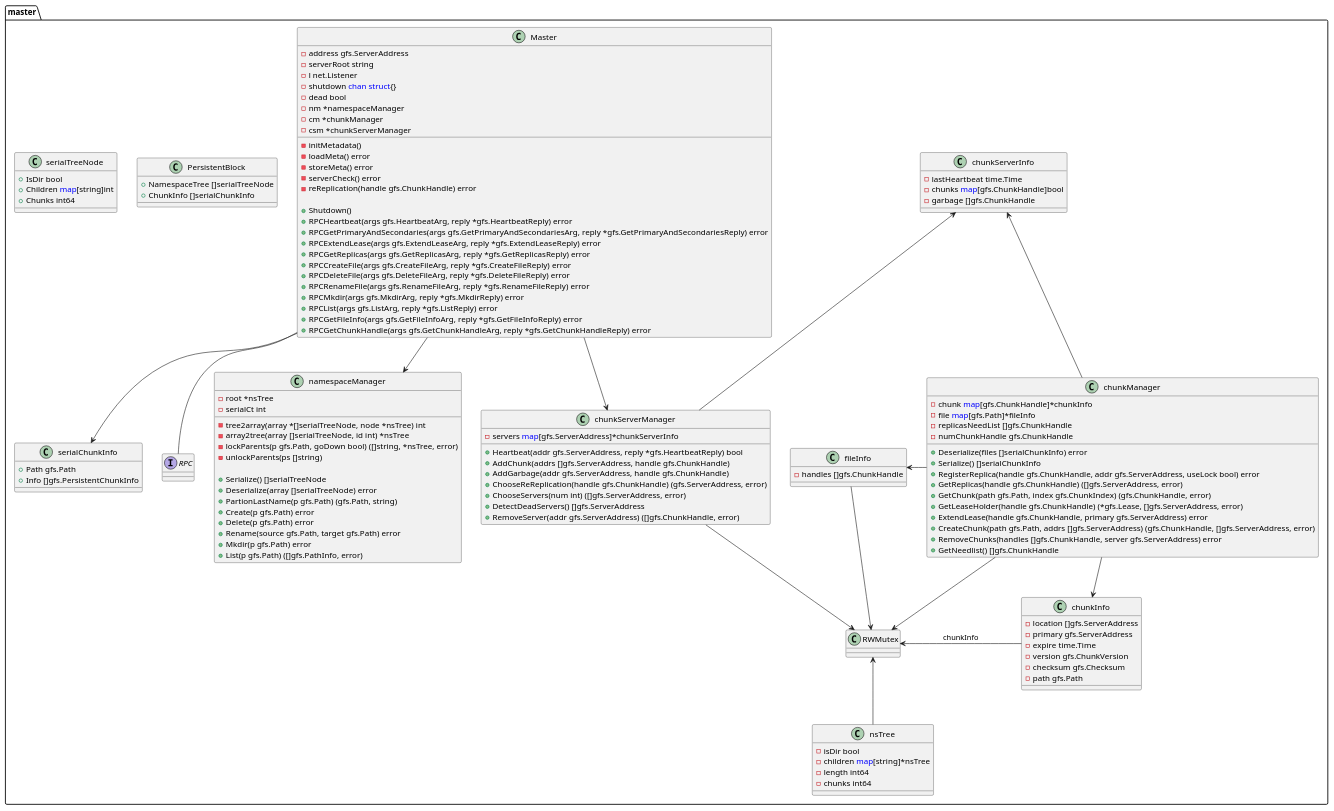
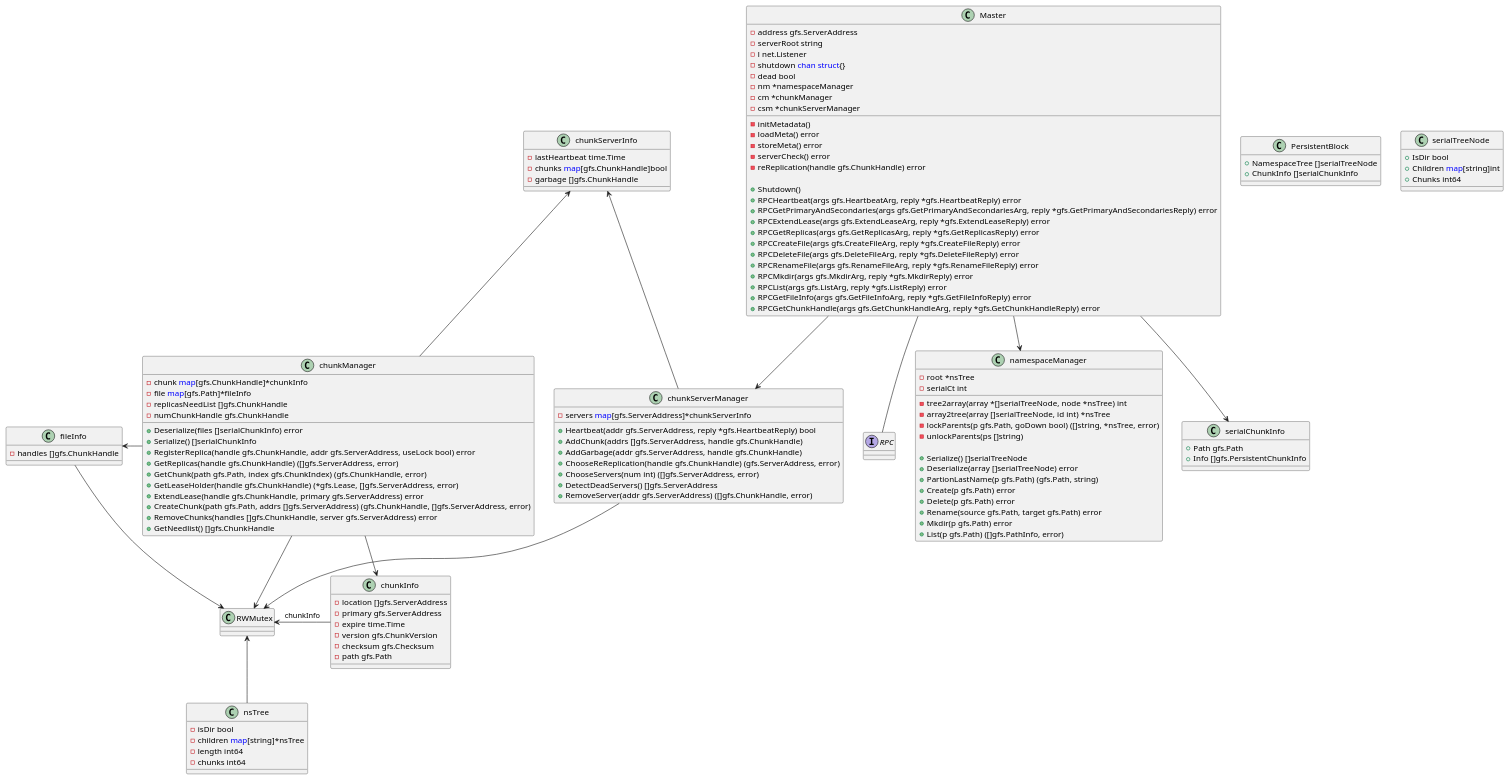
Before and after one commit to sonderlau/UML-Lesson: the diagram in src/Class/Master.wsd, drawn with PlantUML. The commit also changed 3 other files, not shown here.

```diff
--- a/src/Class/Master.wsd
+++ b/src/Class/Master.wsd
@@ -1,155 +1,154 @@
 @startuml "类图 - Master"
+page 3x3
+class Master  {
+    - address gfs.ServerAddress
+    - serverRoot string
+    - l net.Listener
+    - shutdown <font color=blue>chan</font> <font color=blue>struct</font>{}
+    - dead bool
+    - nm *namespaceManager
+    - cm *chunkManager
+    - csm *chunkServerManager
 
-namespace master {
-    class Master  {
-        - address gfs.ServerAddress
-        - serverRoot string
-        - l net.Listener
-        - shutdown <font color=blue>chan</font> <font color=blue>struct</font>{}
-        - dead bool
-        - nm *namespaceManager
-        - cm *chunkManager
-        - csm *chunkServerManager
+    - initMetadata()
+    - loadMeta() error
+    - storeMeta() error
+    - serverCheck() error
+    - reReplication(handle gfs.ChunkHandle) error
 
-        - initMetadata() 
-        - loadMeta() error
-        - storeMeta() error
-        - serverCheck() error
-        - reReplication(handle gfs.ChunkHandle) error
+    + Shutdown()
+    + RPCHeartbeat(args gfs.HeartbeatArg, reply *gfs.HeartbeatReply) error
+    + RPCGetPrimaryAndSecondaries(args gfs.GetPrimaryAndSecondariesArg, reply *gfs.GetPrimaryAndSecondariesReply) error
+    + RPCExtendLease(args gfs.ExtendLeaseArg, reply *gfs.ExtendLeaseReply) error
+    + RPCGetReplicas(args gfs.GetReplicasArg, reply *gfs.GetReplicasReply) error
+    + RPCCreateFile(args gfs.CreateFileArg, reply *gfs.CreateFileReply) error
+    + RPCDeleteFile(args gfs.DeleteFileArg, reply *gfs.DeleteFileReply) error
+    + RPCRenameFile(args gfs.RenameFileArg, reply *gfs.RenameFileReply) error
+    + RPCMkdir(args gfs.MkdirArg, reply *gfs.MkdirReply) error
+    + RPCList(args gfs.ListArg, reply *gfs.ListReply) error
+    + RPCGetFileInfo(args gfs.GetFileInfoArg, reply *gfs.GetFileInfoReply) error
+    + RPCGetChunkHandle(args gfs.GetChunkHandleArg, reply *gfs.GetChunkHandleReply) error
 
-        + Shutdown() 
-        + RPCHeartbeat(args gfs.HeartbeatArg, reply *gfs.HeartbeatReply) error
-        + RPCGetPrimaryAndSecondaries(args gfs.GetPrimaryAndSecondariesArg, reply *gfs.GetPrimaryAndSecondariesReply) error
-        + RPCExtendLease(args gfs.ExtendLeaseArg, reply *gfs.ExtendLeaseReply) error
-        + RPCGetReplicas(args gfs.GetReplicasArg, reply *gfs.GetReplicasReply) error
-        + RPCCreateFile(args gfs.CreateFileArg, reply *gfs.CreateFileReply) error
-        + RPCDeleteFile(args gfs.DeleteFileArg, reply *gfs.DeleteFileReply) error
-        + RPCRenameFile(args gfs.RenameFileArg, reply *gfs.RenameFileReply) error
-        + RPCMkdir(args gfs.MkdirArg, reply *gfs.MkdirReply) error
-        + RPCList(args gfs.ListArg, reply *gfs.ListReply) error
-        + RPCGetFileInfo(args gfs.GetFileInfoArg, reply *gfs.GetFileInfoReply) error
-        + RPCGetChunkHandle(args gfs.GetChunkHandleArg, reply *gfs.GetChunkHandleReply) error
+}
+class PersistentBlock  {
+    + NamespaceTree []serialTreeNode
+    + ChunkInfo []serialChunkInfo
 
-    }
-    class PersistentBlock  {
-        + NamespaceTree []serialTreeNode
-        + ChunkInfo []serialChunkInfo
+}
+class chunkInfo  {
+    - location []gfs.ServerAddress
+    - primary gfs.ServerAddress
+    - expire time.Time
+    - version gfs.ChunkVersion
+    - checksum gfs.Checksum
+    - path gfs.Path
 
-    }
-    class chunkInfo  {
-        - location []gfs.ServerAddress
-        - primary gfs.ServerAddress
-        - expire time.Time
-        - version gfs.ChunkVersion
-        - checksum gfs.Checksum
-        - path gfs.Path
+}
+class chunkManager  {
+    - chunk <font color=blue>map</font>[gfs.ChunkHandle]*chunkInfo
+    - file <font color=blue>map</font>[gfs.Path]*fileInfo
+    - replicasNeedList []gfs.ChunkHandle
+    - numChunkHandle gfs.ChunkHandle
 
-    }
-    class chunkManager  {
-        - chunk <font color=blue>map</font>[gfs.ChunkHandle]*chunkInfo
-        - file <font color=blue>map</font>[gfs.Path]*fileInfo
-        - replicasNeedList []gfs.ChunkHandle
-        - numChunkHandle gfs.ChunkHandle
+    + Deserialize(files []serialChunkInfo) error
+    + Serialize() []serialChunkInfo
+    + RegisterReplica(handle gfs.ChunkHandle, addr gfs.ServerAddress, useLock bool) error
+    + GetReplicas(handle gfs.ChunkHandle) ([]gfs.ServerAddress, error)
+    + GetChunk(path gfs.Path, index gfs.ChunkIndex) (gfs.ChunkHandle, error)
+    + GetLeaseHolder(handle gfs.ChunkHandle) (*gfs.Lease, []gfs.ServerAddress, error)
+    + ExtendLease(handle gfs.ChunkHandle, primary gfs.ServerAddress) error
+    + CreateChunk(path gfs.Path, addrs []gfs.ServerAddress) (gfs.ChunkHandle, []gfs.ServerAddress, error)
+    + RemoveChunks(handles []gfs.ChunkHandle, server gfs.ServerAddress) error
+    + GetNeedlist() []gfs.ChunkHandle
 
-        + Deserialize(files []serialChunkInfo) error
-        + Serialize() []serialChunkInfo
-        + RegisterReplica(handle gfs.ChunkHandle, addr gfs.ServerAddress, useLock bool) error
-        + GetReplicas(handle gfs.ChunkHandle) ([]gfs.ServerAddress, error)
-        + GetChunk(path gfs.Path, index gfs.ChunkIndex) (gfs.ChunkHandle, error)
-        + GetLeaseHolder(handle gfs.ChunkHandle) (*gfs.Lease, []gfs.ServerAddress, error)
-        + ExtendLease(handle gfs.ChunkHandle, primary gfs.ServerAddress) error
-        + CreateChunk(path gfs.Path, addrs []gfs.ServerAddress) (gfs.ChunkHandle, []gfs.ServerAddress, error)
-        + RemoveChunks(handles []gfs.ChunkHandle, server gfs.ServerAddress) error
-        + GetNeedlist() []gfs.ChunkHandle
+}
+class chunkServerInfo  {
+    - lastHeartbeat time.Time
+    - chunks <font color=blue>map</font>[gfs.ChunkHandle]bool
+    - garbage []gfs.ChunkHandle
 
-    }
-    class chunkServerInfo  {
-        - lastHeartbeat time.Time
-        - chunks <font color=blue>map</font>[gfs.ChunkHandle]bool
-        - garbage []gfs.ChunkHandle
+}
+class chunkServerManager  {
+    - servers <font color=blue>map</font>[gfs.ServerAddress]*chunkServerInfo
 
-    }
-    class chunkServerManager  {
-        - servers <font color=blue>map</font>[gfs.ServerAddress]*chunkServerInfo
+    + Heartbeat(addr gfs.ServerAddress, reply *gfs.HeartbeatReply) bool
+    + AddChunk(addrs []gfs.ServerAddress, handle gfs.ChunkHandle)
+    + AddGarbage(addr gfs.ServerAddress, handle gfs.ChunkHandle)
+    + ChooseReReplication(handle gfs.ChunkHandle) (gfs.ServerAddress, error)
+    + ChooseServers(num int) ([]gfs.ServerAddress, error)
+    + DetectDeadServers() []gfs.ServerAddress
+    + RemoveServer(addr gfs.ServerAddress) ([]gfs.ChunkHandle, error)
 
-        + Heartbeat(addr gfs.ServerAddress, reply *gfs.HeartbeatReply) bool
-        + AddChunk(addrs []gfs.ServerAddress, handle gfs.ChunkHandle) 
-        + AddGarbage(addr gfs.ServerAddress, handle gfs.ChunkHandle) 
-        + ChooseReReplication(handle gfs.ChunkHandle) (gfs.ServerAddress, error)
-        + ChooseServers(num int) ([]gfs.ServerAddress, error)
-        + DetectDeadServers() []gfs.ServerAddress
-        + RemoveServer(addr gfs.ServerAddress) ([]gfs.ChunkHandle, error)
+}
+class fileInfo  {
+    - handles []gfs.ChunkHandle
 
-    }
-    class fileInfo  {
-        - handles []gfs.ChunkHandle
+}
+class namespaceManager  {
+    - root *nsTree
+    - serialCt int
 
-    }
-    class namespaceManager  {
-        - root *nsTree
-        - serialCt int
+    - tree2array(array *[]serialTreeNode, node *nsTree) int
+    - array2tree(array []serialTreeNode, id int) *nsTree
+    - lockParents(p gfs.Path, goDown bool) ([]string, *nsTree, error)
+    - unlockParents(ps []string)
 
-        - tree2array(array *[]serialTreeNode, node *nsTree) int
-        - array2tree(array []serialTreeNode, id int) *nsTree
-        - lockParents(p gfs.Path, goDown bool) ([]string, *nsTree, error)
-        - unlockParents(ps []string) 
+    + Serialize() []serialTreeNode
+    + Deserialize(array []serialTreeNode) error
+    + PartionLastName(p gfs.Path) (gfs.Path, string)
+    + Create(p gfs.Path) error
+    + Delete(p gfs.Path) error
+    + Rename(source gfs.Path, target gfs.Path) error
+    + Mkdir(p gfs.Path) error
+    + List(p gfs.Path) ([]gfs.PathInfo, error)
 
-        + Serialize() []serialTreeNode
-        + Deserialize(array []serialTreeNode) error
-        + PartionLastName(p gfs.Path) (gfs.Path, string)
-        + Create(p gfs.Path) error
-        + Delete(p gfs.Path) error
-        + Rename(source gfs.Path, target gfs.Path) error
-        + Mkdir(p gfs.Path) error
-        + List(p gfs.Path) ([]gfs.PathInfo, error)
+}
+class nsTree {
+    - isDir bool
+    - children <font color=blue>map</font>[string]*nsTree
+    - length int64
+    - chunks int64
 
-    }
-    class nsTree {
-        - isDir bool
-        - children <font color=blue>map</font>[string]*nsTree
-        - length int64
-        - chunks int64
+}
+class serialChunkInfo {
+    + Path gfs.Path
+    + Info []gfs.PersistentChunkInfo
 
-    }
-    class serialChunkInfo {
-        + Path gfs.Path
-        + Info []gfs.PersistentChunkInfo
-
-    }
-    class serialTreeNode {
-        + IsDir bool
-        + Children <font color=blue>map</font>[string]int
-        + Chunks int64
-
-    }
-
-    interface RPC
-
-    class RWMutex
-
-    Master -down-> namespaceManager
-
-    Master -down-> serialChunkInfo
-
-    Master -down- RPC
-
-    Master -down-> chunkServerManager
-
-    chunkServerManager -up-> chunkServerInfo
-
-    chunkServerManager --> RWMutex
-
-    chunkManager -left-> chunkServerInfo
-    chunkManager -left-> fileInfo
-    chunkManager -down-> RWMutex
-    chunkManager -down-> chunkInfo
-
-    nsTree -up-> RWMutex
-
-    fileInfo -down-> RWMutex
-
-    chunkInfo -left-> RWMutex : "chunkInfo"
+}
+class serialTreeNode {
+    + IsDir bool
+    + Children <font color=blue>map</font>[string]int
+    + Chunks int64
 
 }
 
+interface RPC
+
+class RWMutex
+
+Master -down-> namespaceManager
+
+Master -down-> serialChunkInfo
+
+Master -down- RPC
+
+Master -down-> chunkServerManager
+
+chunkServerManager -up-> chunkServerInfo
+
+chunkServerManager --> RWMutex
+
+chunkManager -left-> chunkServerInfo
+chunkManager -left-> fileInfo
+chunkManager -down-> RWMutex
+chunkManager -down-> chunkInfo
+
+nsTree -up-> RWMutex
+
+fileInfo -down-> RWMutex
+
+chunkInfo -left-> RWMutex : "chunkInfo"
+
+
+
 @enduml
```
